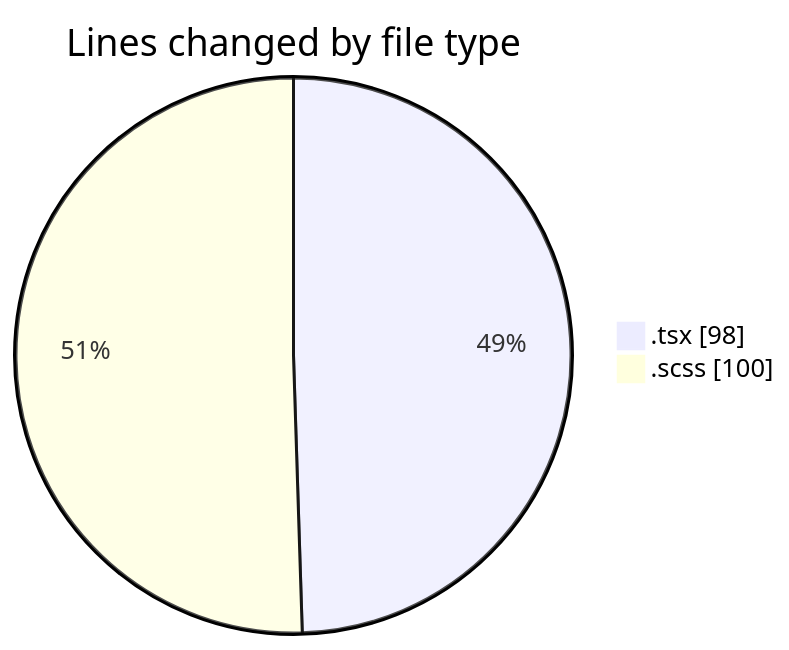
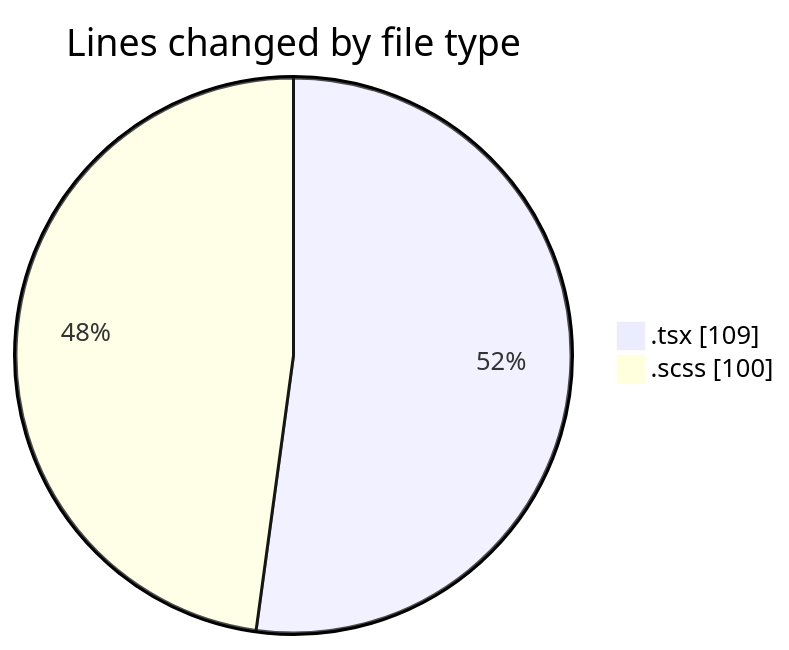
The first of 2 diagrams in 2026-04-16/cda/README.md (momahboobian/code-tracking), drawn with Mermaid before and after one commit. The commit also changed other lines of this file and 1 other file, not shown here.

````diff
--- a/2026-04-16/cda/README.md
+++ b/2026-04-16/cda/README.md
@@ -22,6 +22,6 @@
 ```mermaid
 pie showData
 title Lines changed by file type
-".tsx" : 98
+".tsx" : 109
 ".scss" : 100
 ```
````
